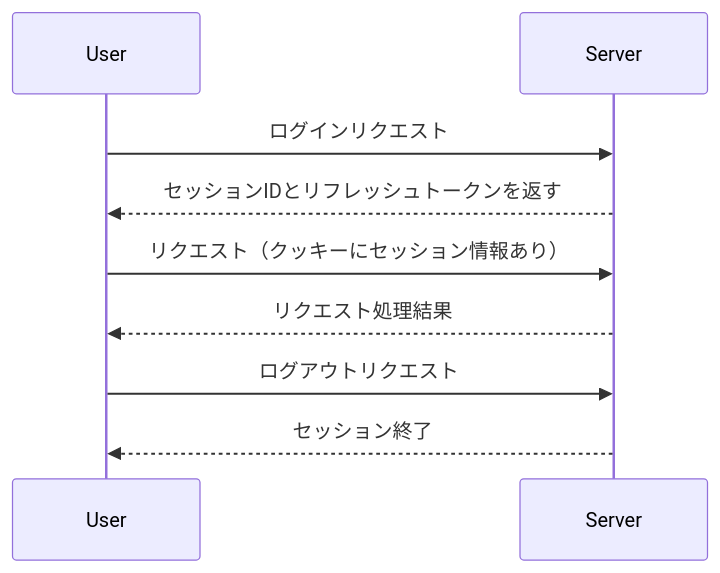
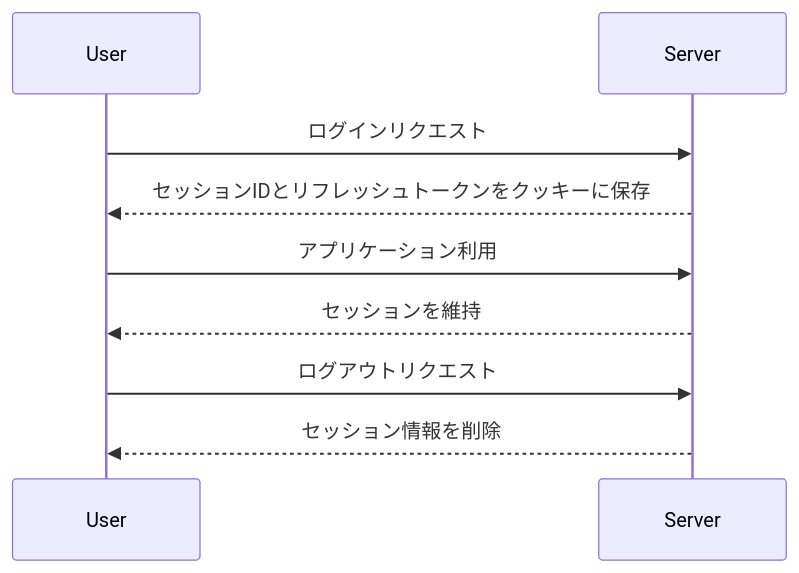
One commit to amata1219/autodoc-test changed the diagram in .docs/src/セッション管理.md. Above: the diagram before and after it, drawn with Mermaid. The commit also changed other lines of this file and 9 other files, not shown here.

````diff
--- a/.docs/src/セッション管理.md
+++ b/.docs/src/セッション管理.md
@@ -15,12 +15,11 @@
 ```mermaid
 sequenceDiagram
     participant User
     participant Server
-
     User->>Server: ログインリクエスト
-    Server-->>User: セッションIDとリフレッシュトークンを返す
-    User->>Server: リクエスト（クッキーにセッション情報あり）
-    Server-->>User: リクエスト処理結果
+    Server-->>User: セッションIDとリフレッシュトークンをクッキーに保存
+    User->>Server: アプリケーション利用
+    Server-->>User: セッションを維持
     User->>Server: ログアウトリクエスト
-    Server-->>User: セッション終了
+    Server-->>User: セッション情報を削除
 ```
````
